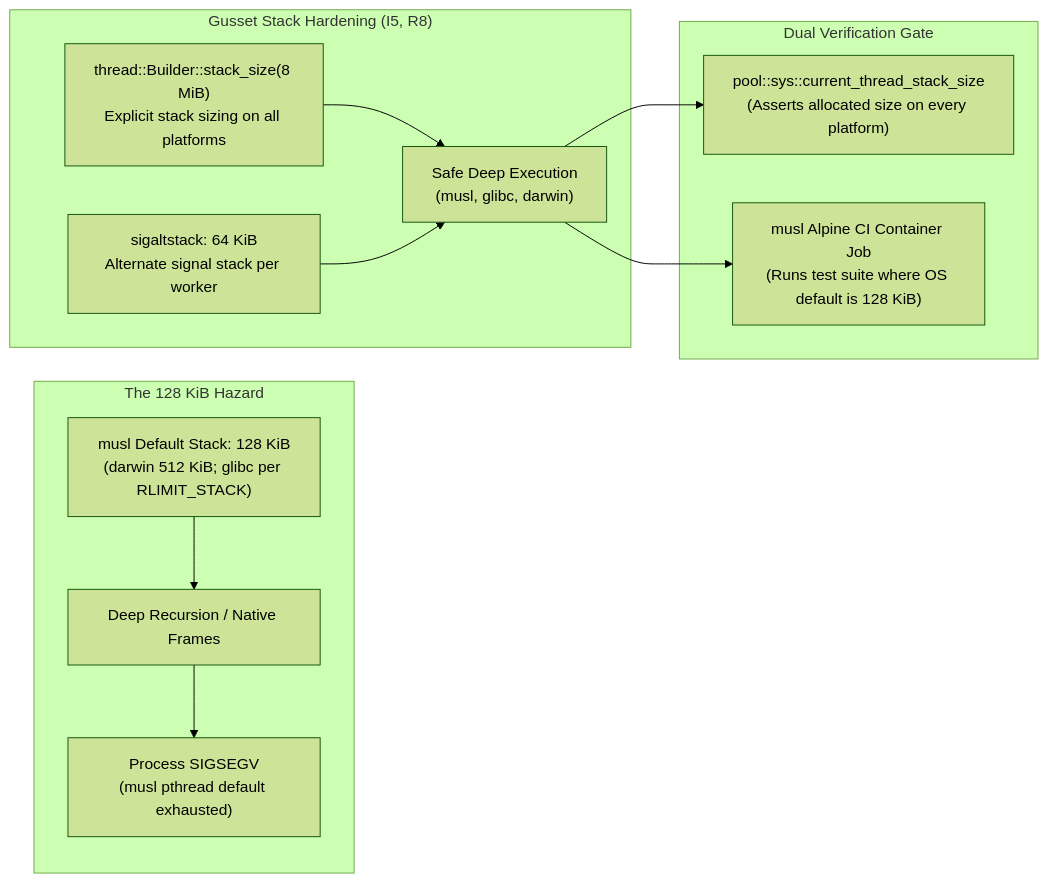
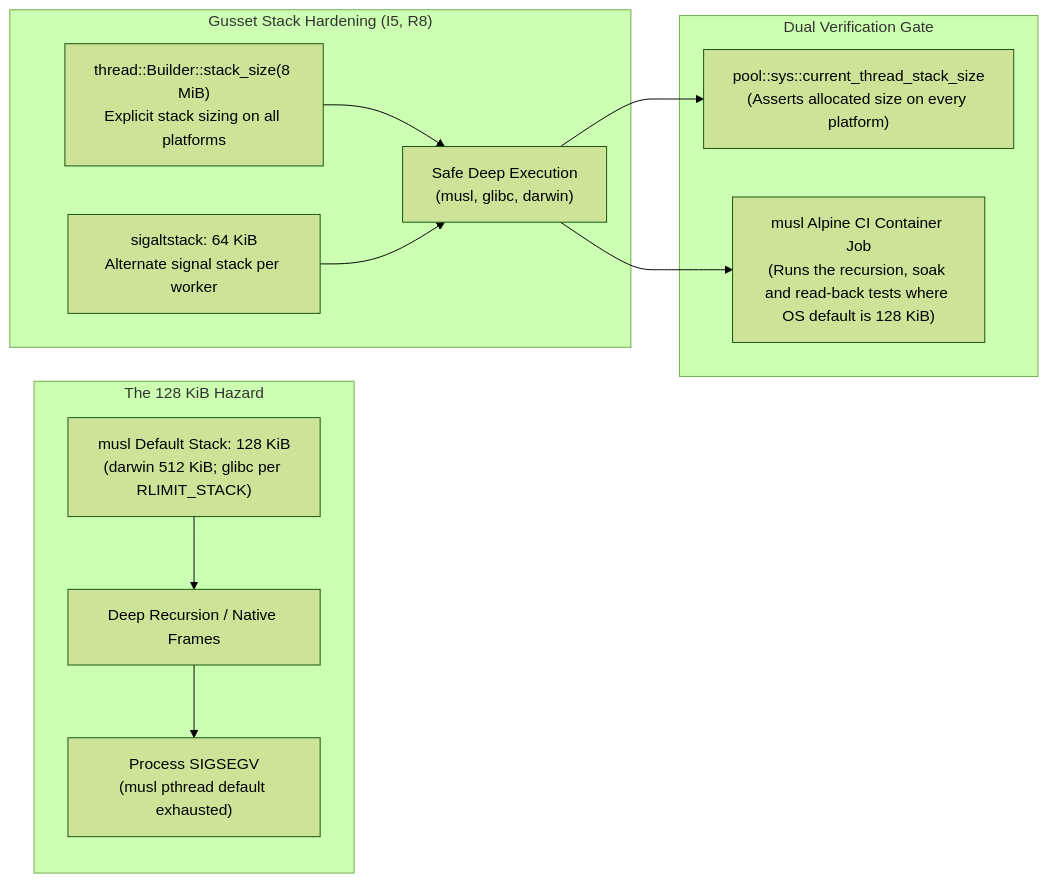
Before and after one commit to bharathvbcr/gusset: the first of 2 diagrams in docs/platforms.md, drawn with Mermaid (forest theme). The commit also changed other lines of this file and 7 other files, not shown here.

First line of the commit message:
ci: bound every workflow job, add e2e to race lanes, narrow musl row, tighten tip issue lookup (protects I1, I5)

````diff
--- a/docs/platforms.md
+++ b/docs/platforms.md
@@ -45,23 +45,23 @@
 ```mermaid
 flowchart LR
     subgraph DangerZone ["The 128 KiB Hazard"]
         MuslDefault["musl Default Stack: 128 KiB\n(darwin 512 KiB; glibc per RLIMIT_STACK)"]
         Recursion["Deep Recursion / Native Frames"]
         Crash["Process SIGSEGV\n(musl pthread default exhausted)"]
         MuslDefault --> Recursion --> Crash
     end
 
     subgraph GussetDefense ["Gusset Stack Hardening (I5, R8)"]
         ExplicitStack["thread::Builder::stack_size(8 MiB)\nExplicit stack sizing on all platforms"]
         SigAlt["sigaltstack: 64 KiB\nAlternate signal stack per worker"]
         ExplicitStack --> SafeRun["Safe Deep Execution\n(musl, glibc, darwin)"]
         SigAlt --> SafeRun
     end
 
     subgraph DualVerification ["Dual Verification Gate"]
         Probe["pool::sys::current_thread_stack_size\n(Asserts allocated size on every platform)"]
-        CIJob["musl Alpine CI Container Job\n(Runs test suite where OS default is 128 KiB)"]
+        CIJob["musl Alpine CI Container Job\n(Runs the recursion, soak and read-back tests where OS default is 128 KiB)"]
         SafeRun --> Probe
         SafeRun --> CIJob
     end
 ```
````
